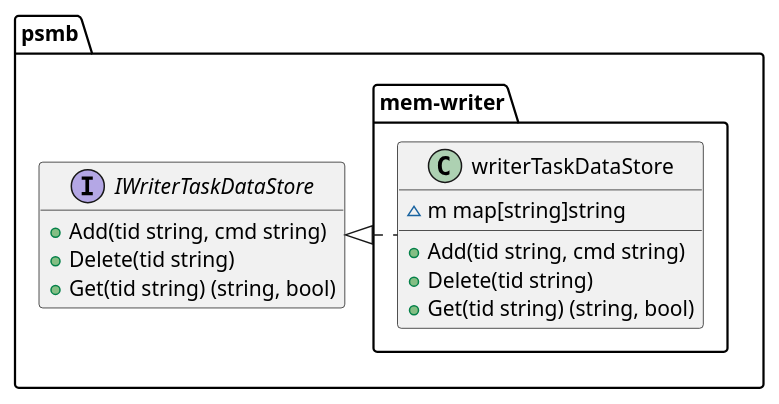
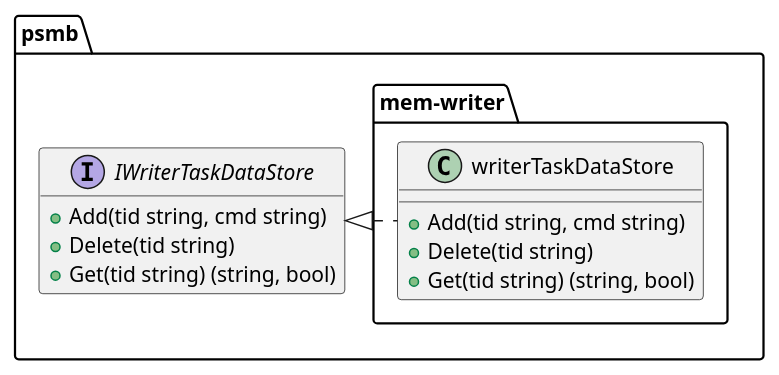
Before and after one commit to taka-wang/puml: the diagram in mem-writer.puml, drawn with PlantUML. The commit also changed 2 other files, not shown here.

```diff
--- a/mem-writer.puml
+++ b/mem-writer.puml
@@ -1,22 +1,21 @@
 @startuml
 
 set namespaceSeparator /
 
 class psmb/mem-writer/writerTaskDataStore {
-    ~m map[string]string
     +Add(tid string, cmd string)
     +Delete(tid string)
     +Get(tid string) (string, bool)
 }
 
 interface psmb/IWriterTaskDataStore {
     +Add(tid string, cmd string)
     +Delete(tid string)
     +Get(tid string) (string, bool)
 }
 
 "psmb/IWriterTaskDataStore" <|. "psmb/mem-writer/writerTaskDataStore"
 
 hide interface fields
 
 @enduml
```
